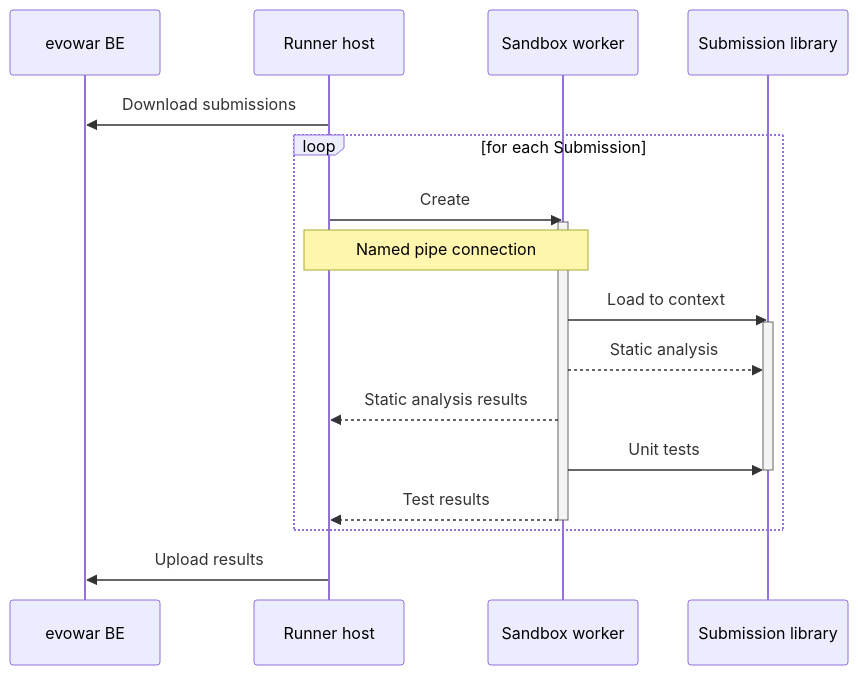
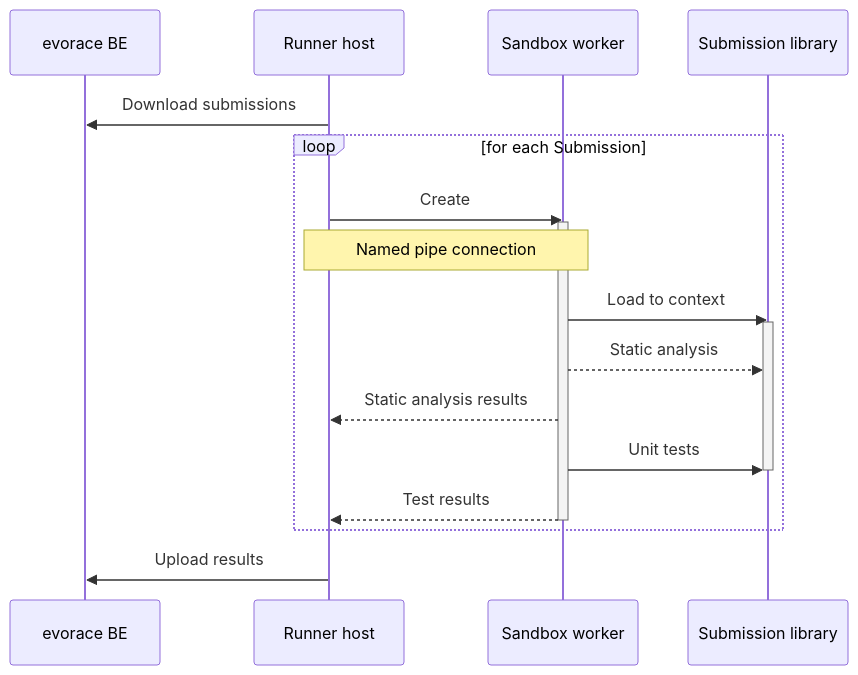
One commit to sanraith/evocontest changed the fourth of 6 diagrams in docs/architecture.md. Above: the diagram before and after it, drawn with Mermaid. The commit also changed other lines of this file and 230 other files, not shown here.

Commit message:
Renamed evowar to evorace.

````diff
--- a/docs/architecture.md
+++ b/docs/architecture.md
@@ -89,25 +89,25 @@
 ```mermaid
 sequenceDiagram
 
-participant cloud as evowar BE
+participant cloud as evorace BE
 participant host as Runner host
 participant slave as Sandbox worker
 participant sub as Submission library
 
 host ->> cloud: Download submissions
 loop for each Submission
 	host ->> slave: Create
 	activate slave
 	Note over host, slave: Named pipe connection
 
 	slave ->> sub: Load to context
 	activate sub
 	slave -->> sub: Static analysis
 	slave -->> host: Static analysis results
 	slave ->> sub: Unit tests
 	deactivate sub
 	slave -->> host: Test results
 	deactivate slave
 end
 host ->> cloud: Upload results
 ```
````
